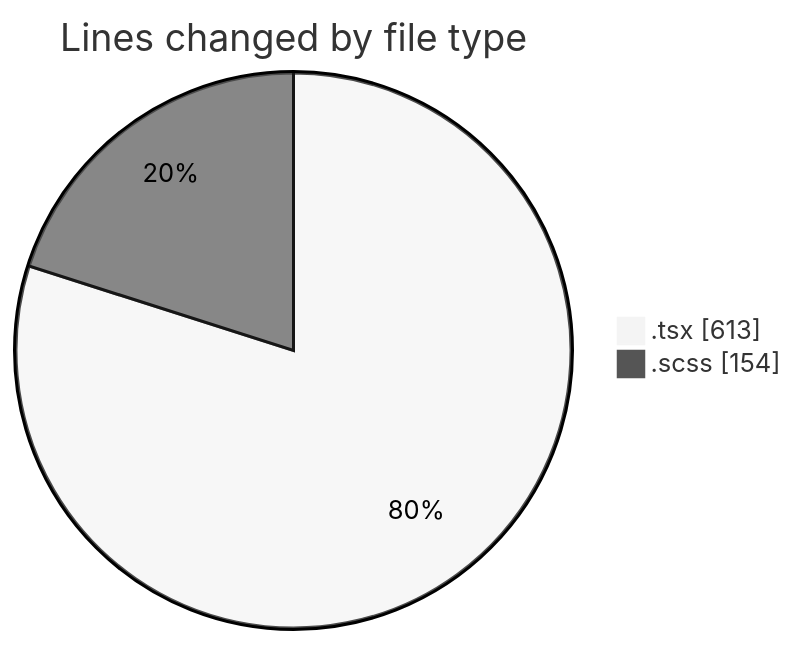
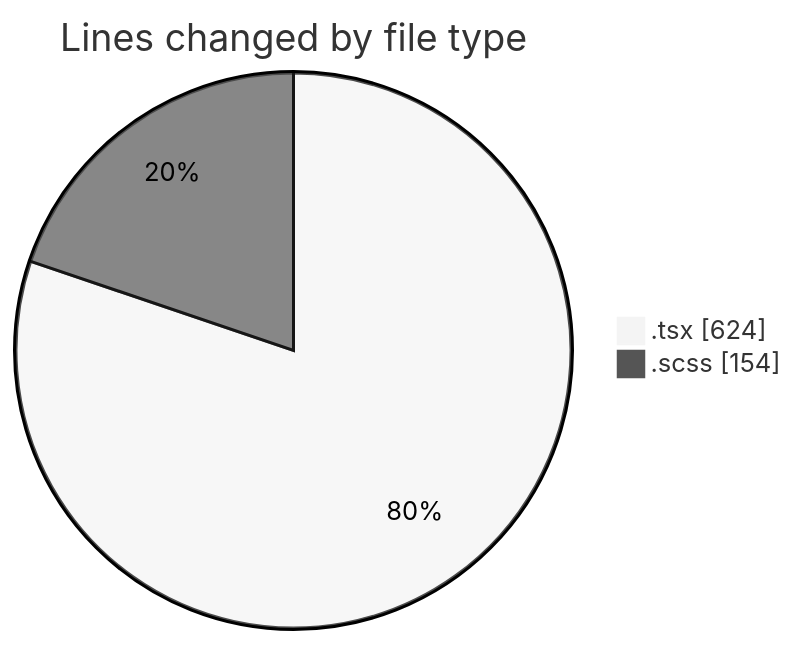
The first of 2 diagrams in 2025-10-01/cda/README.md (momahboobian/code-tracking), drawn with Mermaid (neutral theme) before and after one commit. The commit also changed other lines of this file and 1 other file, not shown here.

````diff
--- a/2025-10-01/cda/README.md
+++ b/2025-10-01/cda/README.md
@@ -22,6 +22,6 @@
 ```mermaid
 pie showData
 title Lines changed by file type
-".tsx" : 613
+".tsx" : 624
 ".scss" : 154
 ```
````
